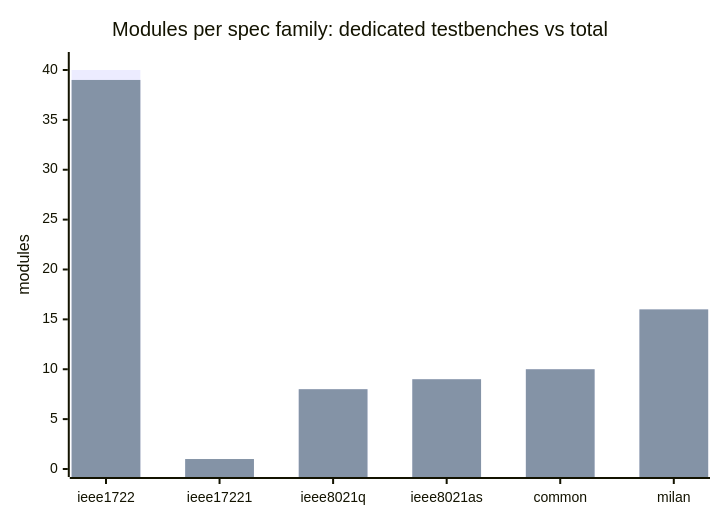
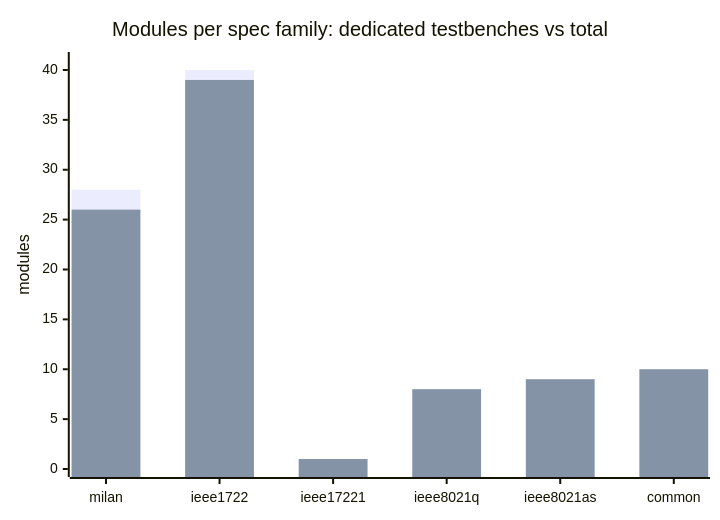
The diagram in docs/traceability/MODULE_MATRIX.md (kebag-logic/milan-fpga), drawn with Mermaid before and after one commit. The commit also changed other lines of this file and 5 other files, not shown here.

````diff
--- a/docs/traceability/MODULE_MATRIX.md
+++ b/docs/traceability/MODULE_MATRIX.md
@@ -30,8 +30,8 @@
 ```mermaid
 xychart-beta
     title "Modules per spec family: dedicated testbenches vs total"
-    x-axis ["ieee1722", "ieee17221", "ieee8021q", "ieee8021as", "common", "milan"]
+    x-axis ["milan", "ieee1722", "ieee17221", "ieee8021q", "ieee8021as", "common"]
     y-axis "modules" 0 --> 41
-    bar [40, 1, 8, 9, 10, 16]
-    bar [39, 1, 8, 9, 10, 16]
+    bar [28, 40, 1, 8, 9, 10]
+    bar [26, 39, 1, 8, 9, 10]
 ```
````
